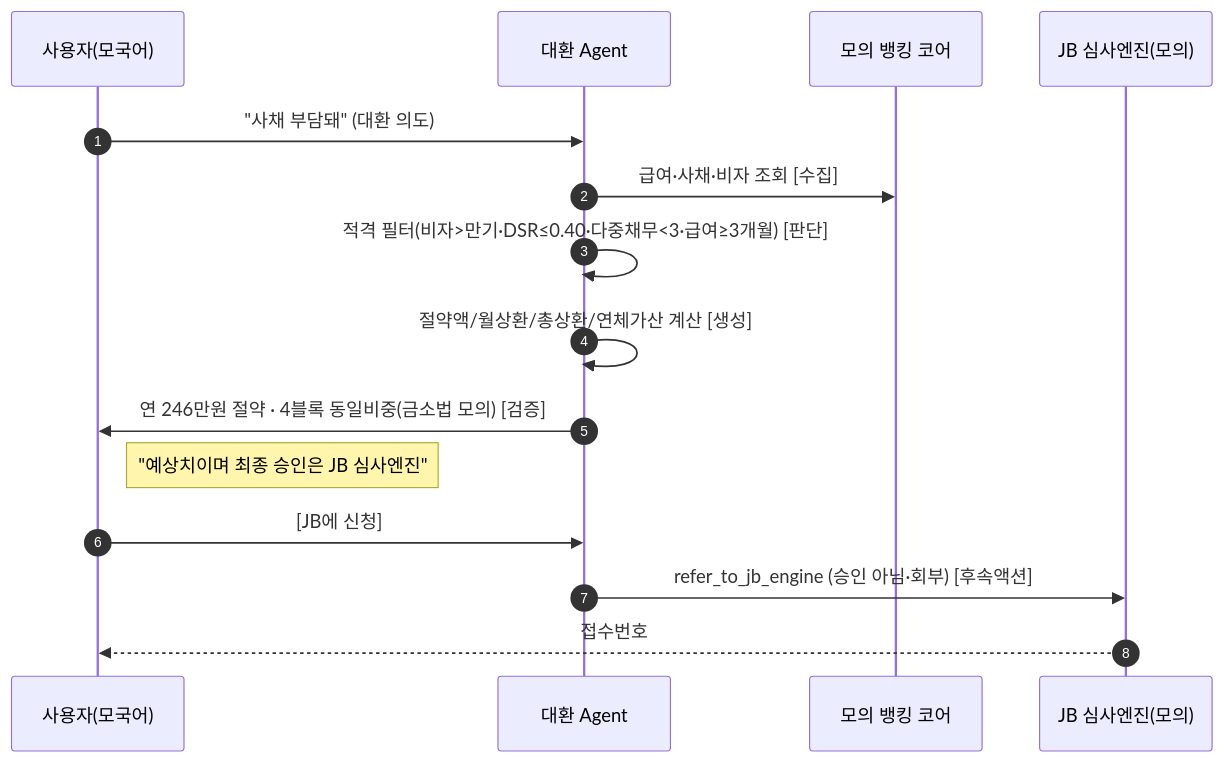
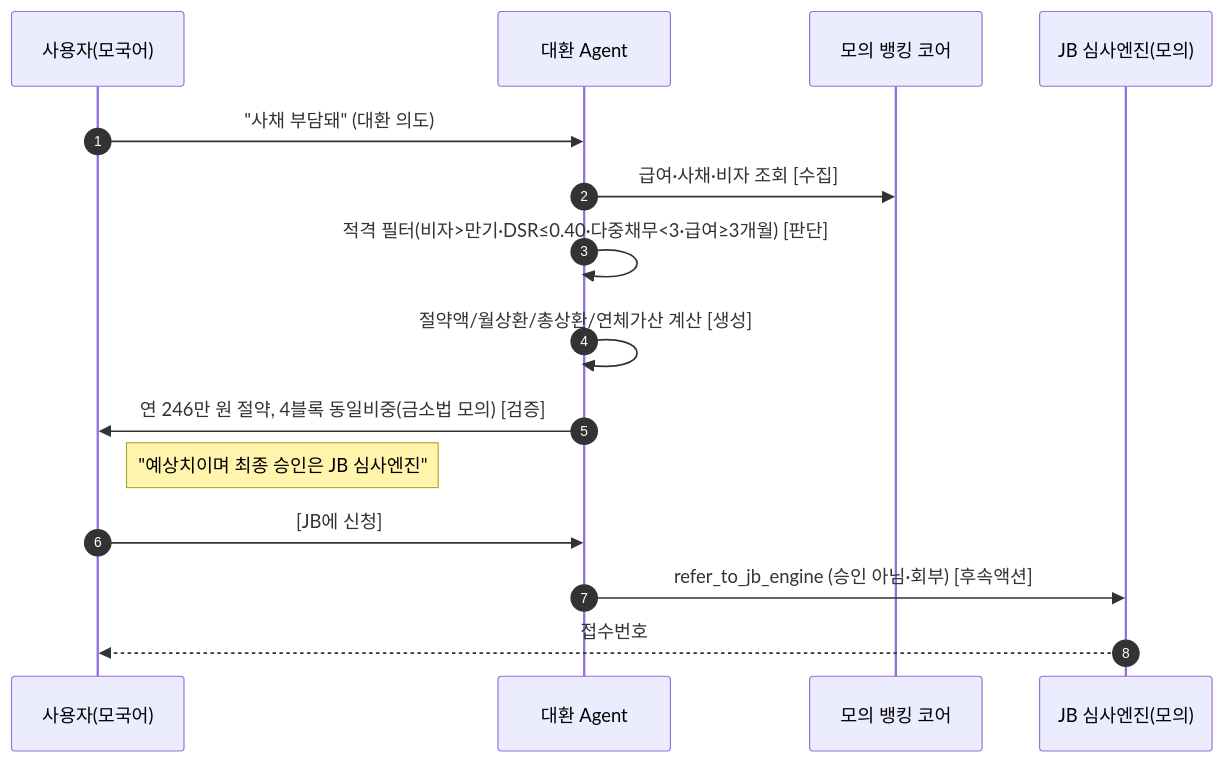
One commit to moon0825/majung changed the fourth of 6 diagrams in docs/diagrams.md. Above: the diagram before and after it, drawn with Mermaid. The commit also changed other lines of this file and 6 other files, not shown here.

````diff
--- a/docs/diagrams.md
+++ b/docs/diagrams.md
@@ -119,18 +119,18 @@
 ```mermaid
 sequenceDiagram
     autonumber
     participant U as 사용자(모국어)
     participant ORC as 대환 Agent
     participant DB as 모의 뱅킹 코어
     participant JB as JB 심사엔진(모의)
 
     U->>ORC: "사채 부담돼" (대환 의도)
     ORC->>DB: 급여·사채·비자 조회 [수집]
     ORC->>ORC: 적격 필터(비자>만기·DSR≤0.40·다중채무<3·급여≥3개월) [판단]
     ORC->>ORC: 절약액/월상환/총상환/연체가산 계산 [생성]
-    ORC->>U: 연 246만원 절약 · 4블록 동일비중(금소법 모의) [검증]
+    ORC->>U: 연 246만 원 절약, 4블록 동일비중(금소법 모의) [검증]
     Note right of U: "예상치이며 최종 승인은 JB 심사엔진"
     U->>ORC: [JB에 신청]
     ORC->>JB: refer_to_jb_engine (승인 아님·회부) [후속액션]
     JB-->>U: 접수번호
 ```
````
